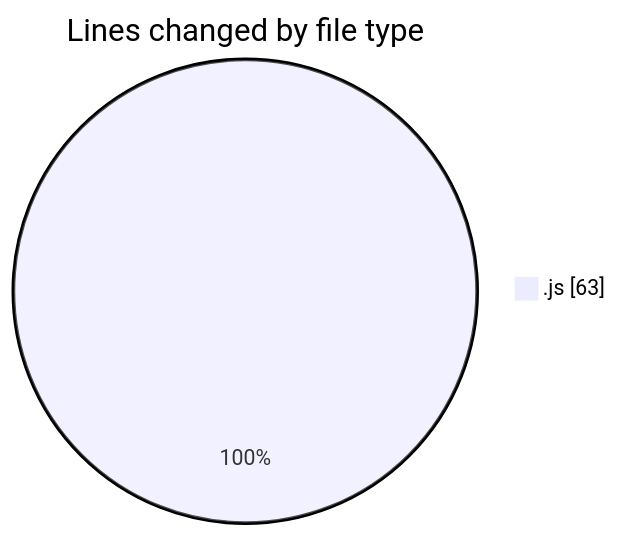
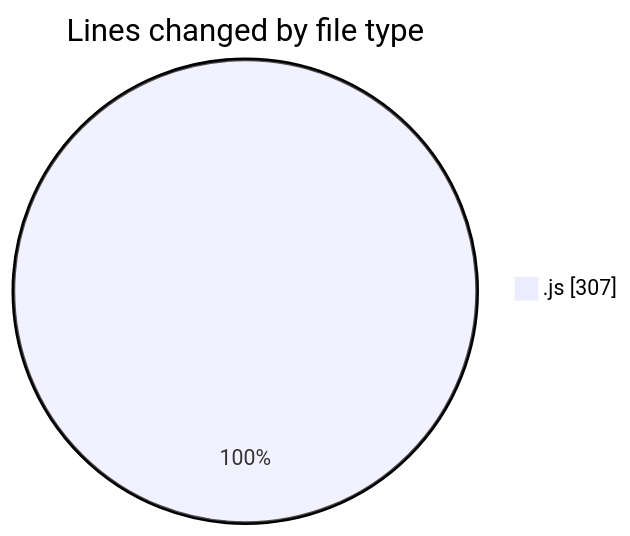
Before and after one commit to nxtqubesakshisongat/code-tracking: the first of 2 diagrams in 2025-11-12/argos/README.md, drawn with Mermaid. The commit also changed other lines of this file and 1 other file, not shown here.

````diff
--- a/2025-11-12/argos/README.md
+++ b/2025-11-12/argos/README.md
@@ -20,5 +21,5 @@
 ```mermaid
 pie showData
 title Lines changed by file type
-".js" : 63
+".js" : 307
 ```
````
